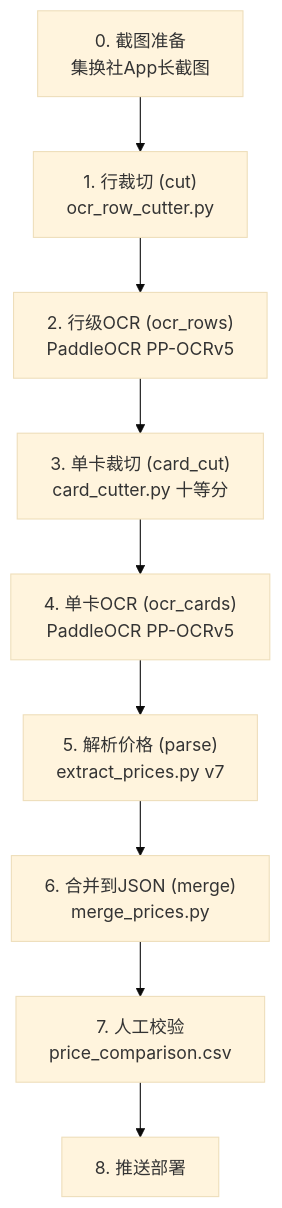
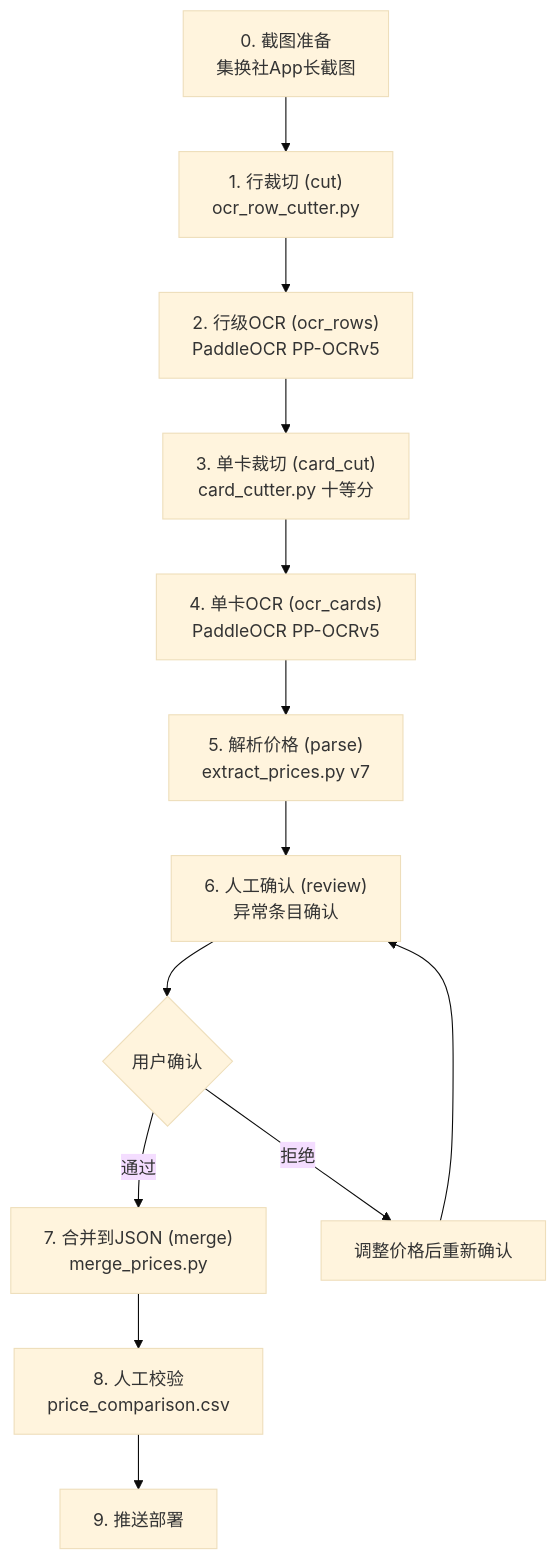
One commit to SnowCastorice/YGOCardGame changed the third of 5 diagrams in docs/TOOLS.md. Above: the diagram before and after it, drawn with Mermaid (base theme). The commit also changed other lines of this file and 1 other file, not shown here.

````diff
--- a/docs/TOOLS.md
+++ b/docs/TOOLS.md
@@ -293,11 +294,15 @@
 ```mermaid
 flowchart TD
     A["0. 截图准备<br>集换社App长截图"] --> B["1. 行裁切 (cut)<br>ocr_row_cutter.py"]
     B --> C["2. 行级OCR (ocr_rows)<br>PaddleOCR PP-OCRv5"]
     C --> D["3. 单卡裁切 (card_cut)<br>card_cutter.py 十等分"]
     D --> E["4. 单卡OCR (ocr_cards)<br>PaddleOCR PP-OCRv5"]
     E --> F["5. 解析价格 (parse)<br>extract_prices.py v7"]
-    F --> G["6. 合并到JSON (merge)<br>merge_prices.py"]
-    G --> H["7. 人工校验<br>price_comparison.csv"]
-    H --> I["8. 推送部署"]
+    F --> G["6. 人工确认 (review)<br>异常条目确认"]
+    G --> G1{"用户确认"}
+    G1 -->|通过| H["7. 合并到JSON (merge)<br>merge_prices.py"]
+    G1 -->|拒绝| G2["调整价格后重新确认"]
+    G2 --> G
+    H --> I["8. 人工校验<br>price_comparison.csv"]
+    I --> J["9. 推送部署"]
 ```
````
